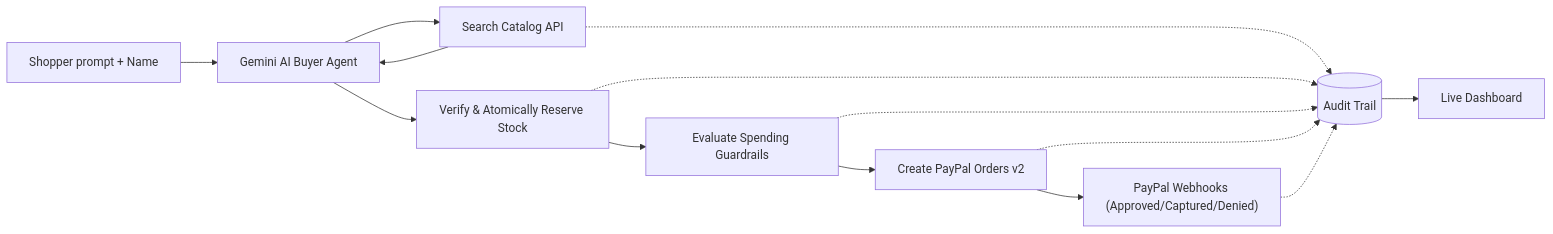
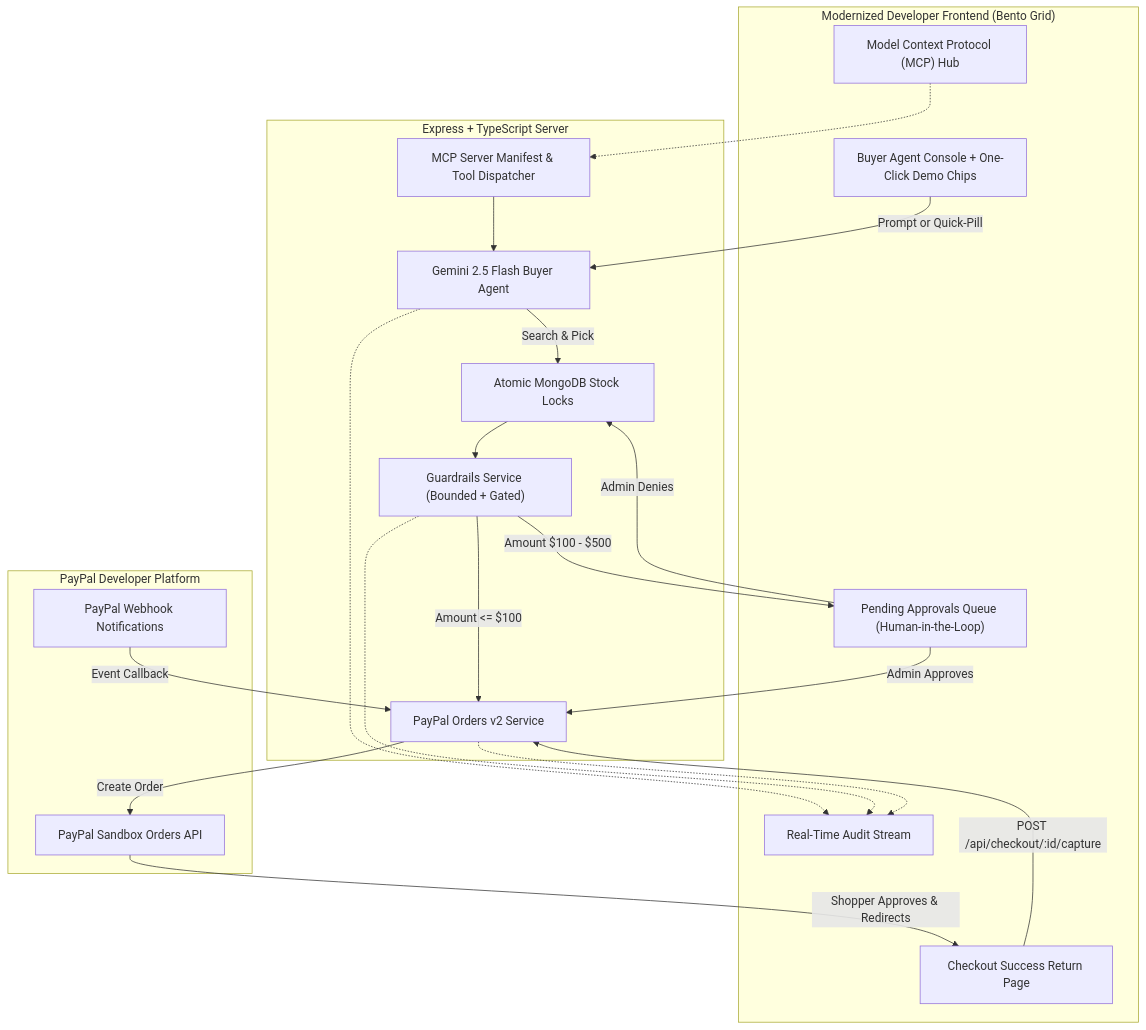
Before and after one commit to devjuneja789/agentic-commerce: the diagram in README.md, drawn with Mermaid. The commit also changed other lines of this file and 22 other files, not shown here.

````diff
--- a/README.md
+++ b/README.md
@@ -23,16 +28,40 @@
 ```mermaid
-flowchart LR
-    Shopper["Shopper prompt + Name"] --> Agent["Gemini AI Buyer Agent"]
-    Agent --> Search["Search Catalog API"]
-    Search --> Agent
-    Agent --> Lock["Verify & Atomically Reserve Stock"]
-    Lock --> Gate["Evaluate Spending Guardrails"]
-    Gate --> PayPal["Create PayPal Orders v2"]
-    PayPal --> Webhook["PayPal Webhooks (Approved/Captured/Denied)"]
-    Search -.-> Audit[(Audit Trail)]
-    Lock -.-> Audit
+flowchart TD
+    subgraph UI ["Modernized Developer Frontend (Bento Grid)"]
+        Console["Buyer Agent Console + One-Click Demo Chips"]
+        Queue["Pending Approvals Queue (Human-in-the-Loop)"]
+        Audit["Real-Time Audit Stream"]
+        Success["Checkout Success Return Page"]
+        MCPHub["Model Context Protocol (MCP) Hub"]
+    end
+
+    subgraph Backend ["Express + TypeScript Server"]
+        Agent["Gemini 2.5 Flash Buyer Agent"]
+        Gate["Guardrails Service (Bounded + Gated)"]
+        Locks["Atomic MongoDB Stock Locks"]
+        PayPalSvc["PayPal Orders v2 Service"]
+        MCPEngine["MCP Server Manifest & Tool Dispatcher"]
+    end
+
+    subgraph PayPal ["PayPal Developer Platform"]
+        SandBox["PayPal Sandbox Orders API"]
+        Webhooks["PayPal Webhook Notifications"]
+    end
+
+    Console -->|"Prompt or Quick-Pill"| Agent
+    Agent -->|"Search & Pick"| Locks
+    Locks --> Gate
+    Gate -->|"Amount <= $100"| PayPalSvc
+    Gate -->|"Amount $100 - $500"| Queue
+    Queue -->|"Admin Approves"| PayPalSvc
+    Queue -->|"Admin Denies"| Locks
+    PayPalSvc -->|"Create Order"| SandBox
+    SandBox -->|"Shopper Approves & Redirects"| Success
+    Success -->|"POST /api/checkout/:id/capture"| PayPalSvc
+    Webhooks -->|"Event Callback"| PayPalSvc
+    MCPHub -.-> MCPEngine
+    MCPEngine --> Agent
+    Agent -.-> Audit
     Gate -.-> Audit
-    PayPal -.-> Audit
-    Webhook -.-> Audit
-    Audit --> UI["Live Dashboard"]
+    PayPalSvc -.-> Audit
 ```
````
